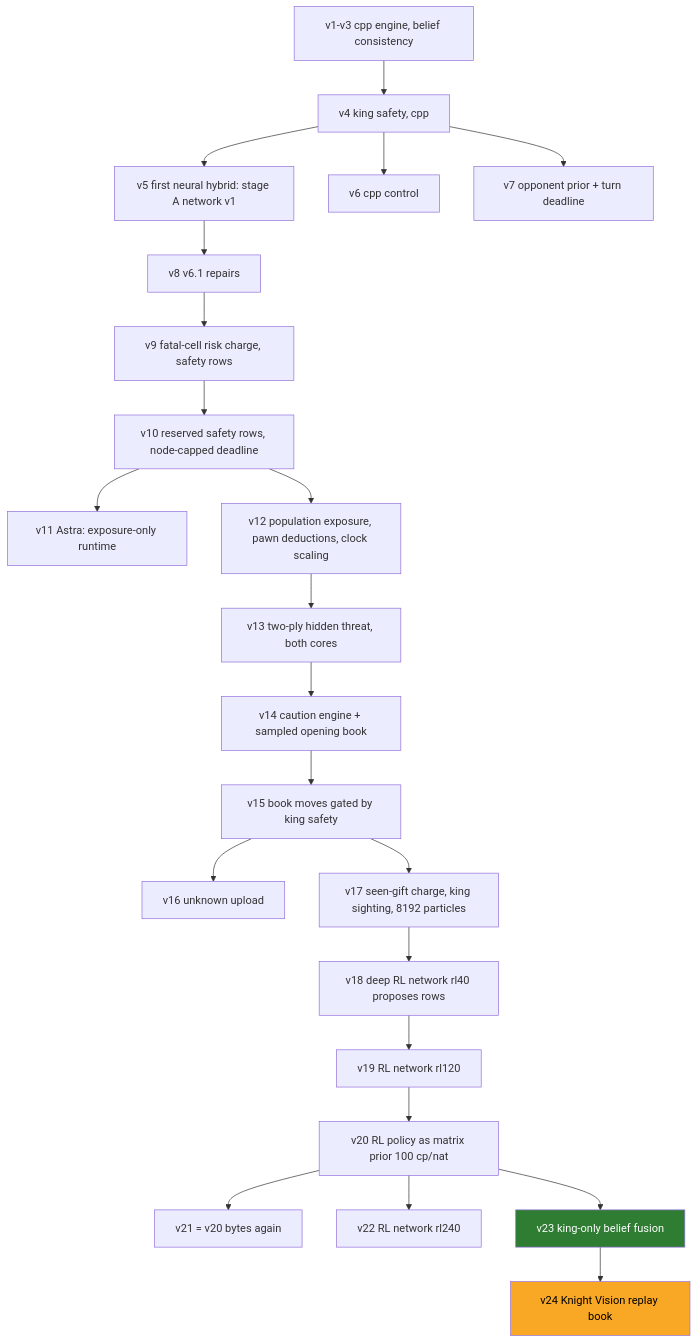
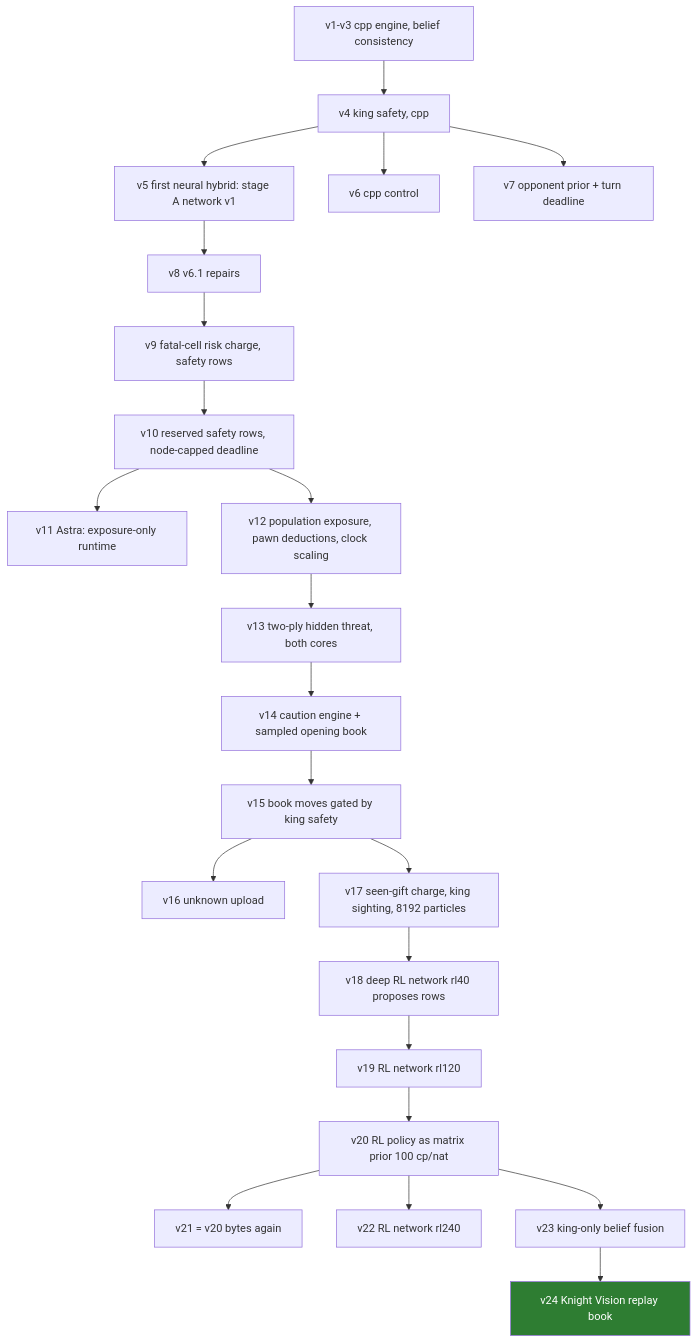
Before and after one commit to htansetiawan/iamavirus: the diagram in MUTATIONS.md, drawn with Mermaid. The commit also changed other lines of this file and 1 other file, not shown here.

Commit message:
v24 active from 00:25:37 UTC; v23 closed at 11-2-14 over 27 games

````diff
--- a/MUTATIONS.md
+++ b/MUTATIONS.md
@@ -20,27 +20,25 @@
 ```mermaid
 flowchart TD
   v1[v1-v3 cpp engine, belief consistency] --> v4[v4 king safety, cpp]
   v4 --> v5[v5 first neural hybrid: stage A network v1]
   v4 --> v6[v6 cpp control]
   v4 --> v7[v7 opponent prior + turn deadline]
   v5 --> v8[v8 v6.1 repairs] --> v9[v9 fatal-cell risk charge, safety rows] --> v10[v10 reserved safety rows, node-capped deadline]
   v10 --> v11[v11 Astra: exposure-only runtime]
   v10 --> v12[v12 population exposure, pawn deductions, clock scaling]
   v12 --> v13[v13 two-ply hidden threat, both cores]
   v13 --> v14[v14 caution engine + sampled opening book]
   v14 --> v15[v15 book moves gated by king safety]
   v15 --> v16[v16 unknown upload]
   v15 --> v17[v17 seen-gift charge, king sighting, 8192 particles]
   v17 --> v18[v18 deep RL network rl40 proposes rows]
   v18 --> v19[v19 RL network rl120]
   v19 --> v20[v20 RL policy as matrix prior 100 cp/nat]
   v20 --> v21[v21 = v20 bytes again]
   v20 --> v22[v22 RL network rl240]
   v20 --> v23[v23 king-only belief fusion]
   v23 --> v24[v24 Knight Vision replay book]
   classDef alive fill:#2e7d32,color:#fff;
   classDef cand fill:#f9a825,color:#000;
-  class v23 alive;
-  class v24 cand;
-  %% v24 uploaded 00:20 UTC; it turns green when the arena activates it
+  class v24 alive;
 ```
````
